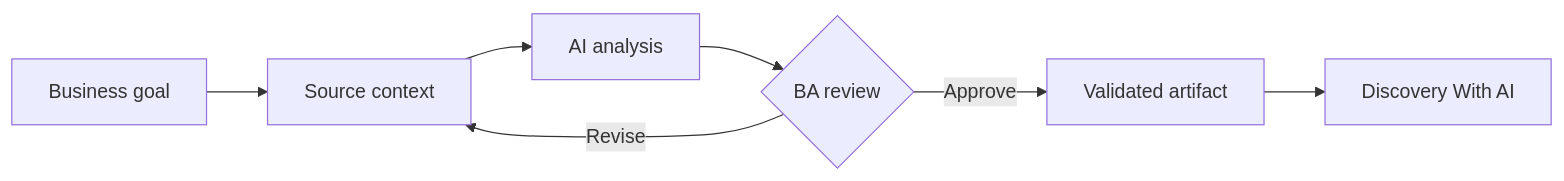
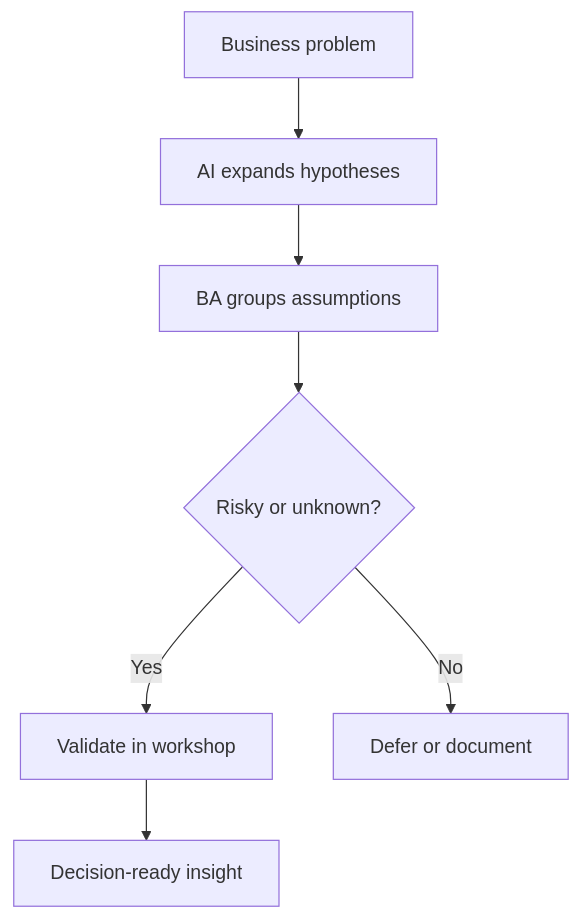
One commit to anhtnt90dev/ai-for-ba changed the diagram in docs/en/lessons/discovery-with-ai/index.md. Above: the diagram before and after it, drawn with Mermaid. The commit also changed other lines of this file and 64 other files, not shown here.

````diff
--- a/docs/en/lessons/discovery-with-ai/index.md
+++ b/docs/en/lessons/discovery-with-ai/index.md
@@ -39,9 +38,9 @@
 ```mermaid
-flowchart LR
-    A["Business goal"] --> B["Source context"]
-    B --> C["AI analysis"]
-    C --> D{"BA review"}
-    D -->|"Revise"| B
-    D -->|"Approve"| E["Validated artifact"]
-    E --> F["Discovery With AI"]
+flowchart TD
+    A["Business problem"] --> B["AI expands hypotheses"]
+    B --> C["BA groups assumptions"]
+    C --> D{"Risky or unknown?"}
+    D -->|Yes| E["Validate in workshop"]
+    D -->|No| F["Defer or document"]
+    E --> G["Decision-ready insight"]
 ```
````
